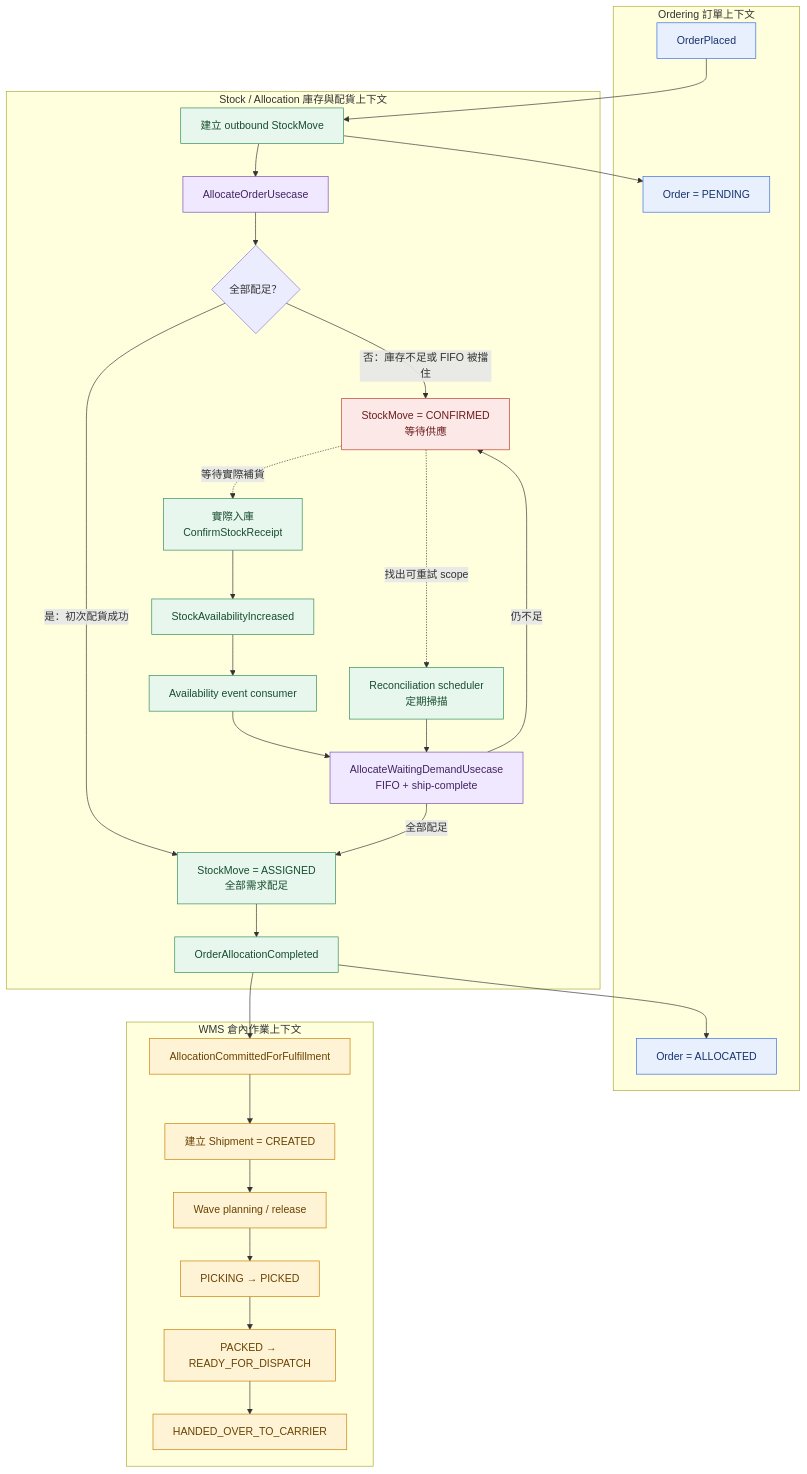
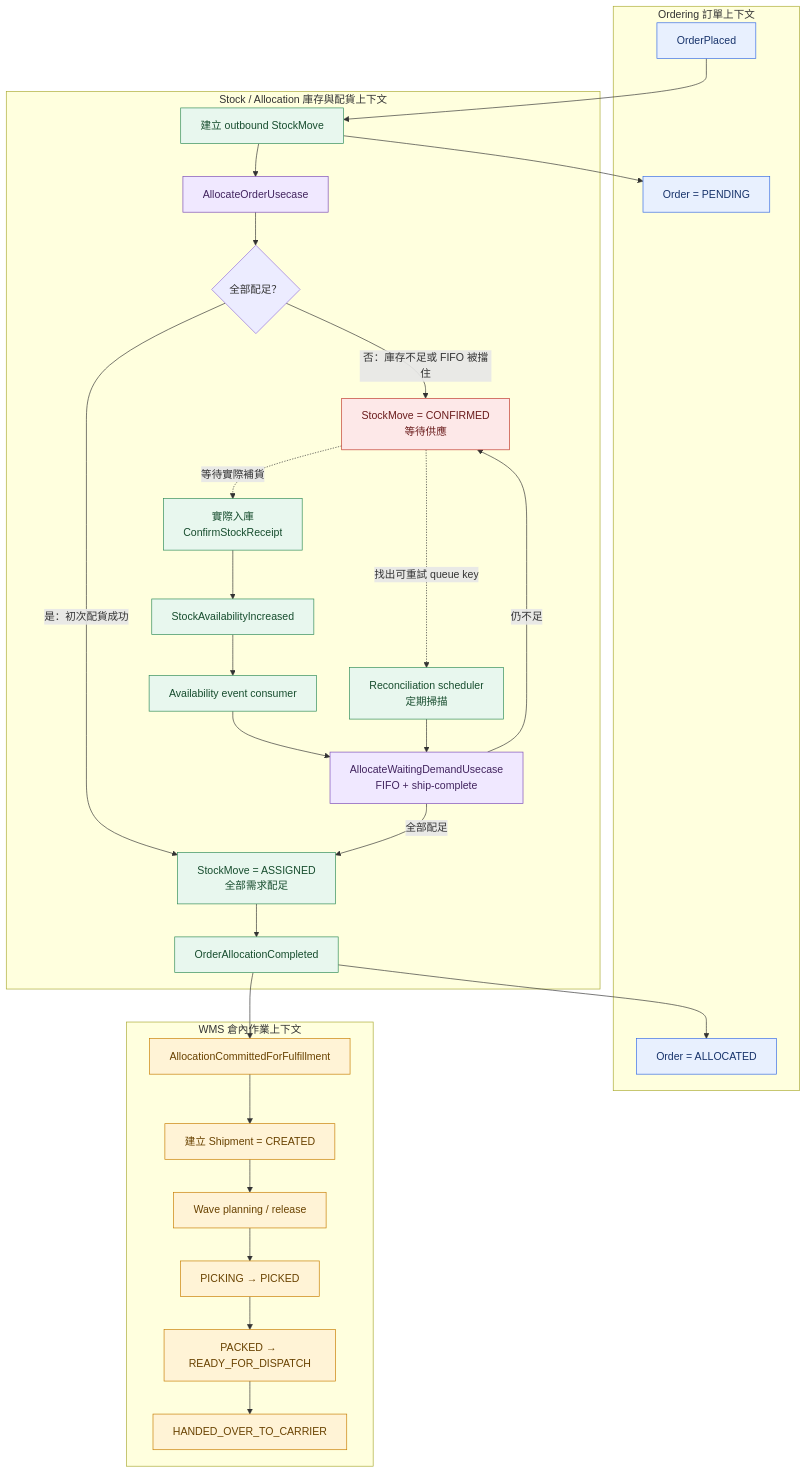
The diagram in docs/order-fulfillment-stock-to-shipment.mmd (zhjiangexe/order-allocation-arch-demo), drawn with Mermaid before and after one commit. The commit also changed 45 other files, not shown here.

```diff
--- a/docs/order-fulfillment-stock-to-shipment.mmd
+++ b/docs/order-fulfillment-stock-to-shipment.mmd
@@ -1,64 +1,64 @@
 %% 缺貨訂單由 StockMove 等待，補貨後重新配貨並進入 WMS Shipment
 flowchart TB
   subgraph O[Ordering 訂單上下文]
     OP[OrderPlaced]
     P[Order = PENDING]
     A[Order = ALLOCATED]
   end
 
   subgraph S[Stock / Allocation 庫存與配貨上下文]
     D[建立 outbound StockMove]
     IA[AllocateOrderUsecase]
     DEC{全部配足？}
     C[StockMove = CONFIRMED\n等待供應]
     R[實際入庫\nConfirmStockReceipt]
     AV[StockAvailabilityIncreased]
     AVT[Availability event consumer]
     SCH[Reconciliation scheduler\n定期掃描]
     RETRY[AllocateWaitingDemandUsecase\nFIFO + ship-complete]
     AS[StockMove = ASSIGNED\n全部需求配足]
     DONE[OrderAllocationCompleted]
   end
 
   subgraph W[WMS 倉內作業上下文]
     H[AllocationCommittedForFulfillment]
     SH[建立 Shipment = CREATED]
     WP[Wave planning / release]
     PICK[PICKING → PICKED]
     PACK[PACKED → READY_FOR_DISPATCH]
     HAND[HANDED_OVER_TO_CARRIER]
   end
 
   OP --> D
   D --> P
   D --> IA
   IA --> DEC
   DEC -->|是：初次配貨成功| AS
   DEC -->|否：庫存不足或 FIFO 被擋住| C
 
   C -. 等待實際補貨 .-> R
   R --> AV
   AV --> AVT
   AVT --> RETRY
-  C -. 找出可重試 scope .-> SCH
+  C -. 找出可重試 queue key .-> SCH
   SCH --> RETRY
   RETRY -->|仍不足| C
   RETRY -->|全部配足| AS
   AS --> DONE
 
   DONE --> A
   DONE --> H
   H --> SH
   SH --> WP --> PICK --> PACK --> HAND
 
   classDef order fill:#E8F0FE,stroke:#356AE6,color:#17336B;
   classDef stock fill:#E8F7EE,stroke:#2E8B57,color:#174D2E;
   classDef wms fill:#FFF3D6,stroke:#C77D00,color:#694200;
   classDef wait fill:#FDE8E8,stroke:#C0392B,color:#6B1D1D;
   class OP,P,A order;
   class D,R,AV,AVT,SCH,AS,DONE stock;
   class IA,RETRY usecase;
   class C wait;
   class H,SH,WP,PICK,PACK,HAND wms;
 
   classDef usecase fill:#F0E8FF,stroke:#7B4BB7,color:#42245F;
```
